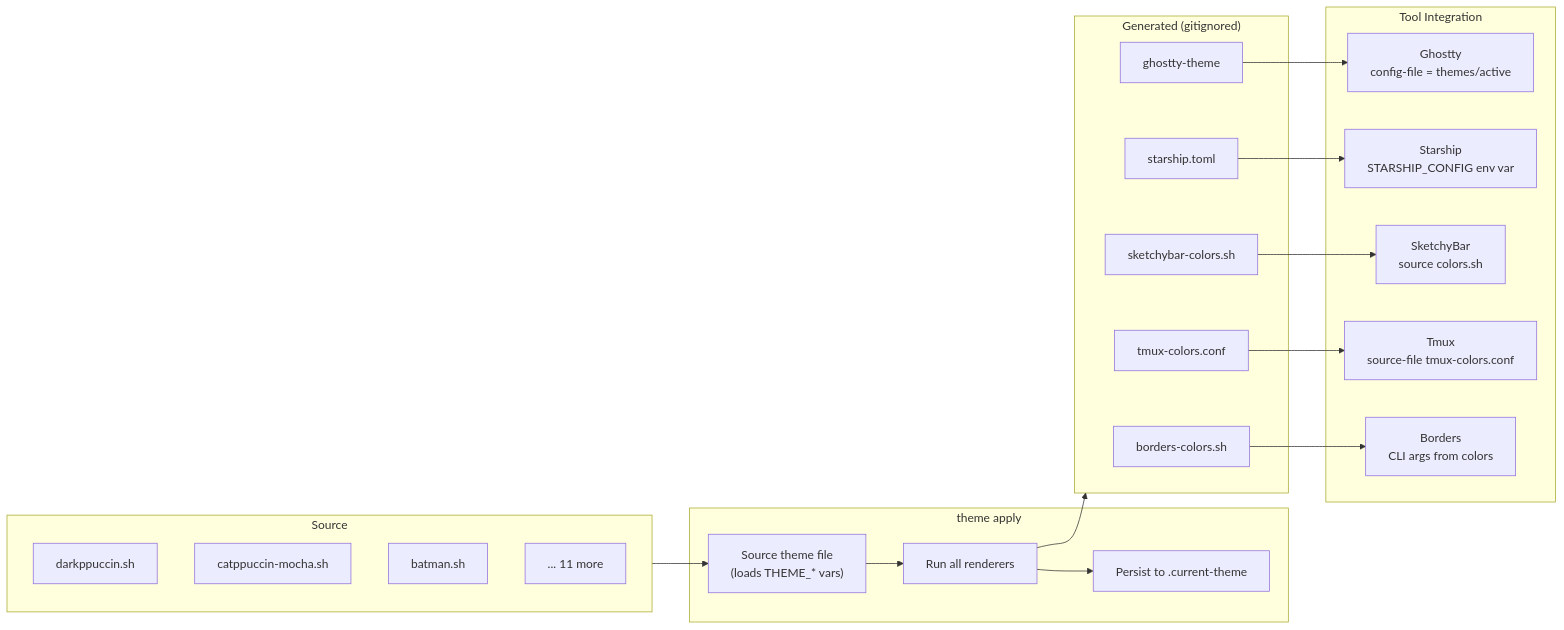
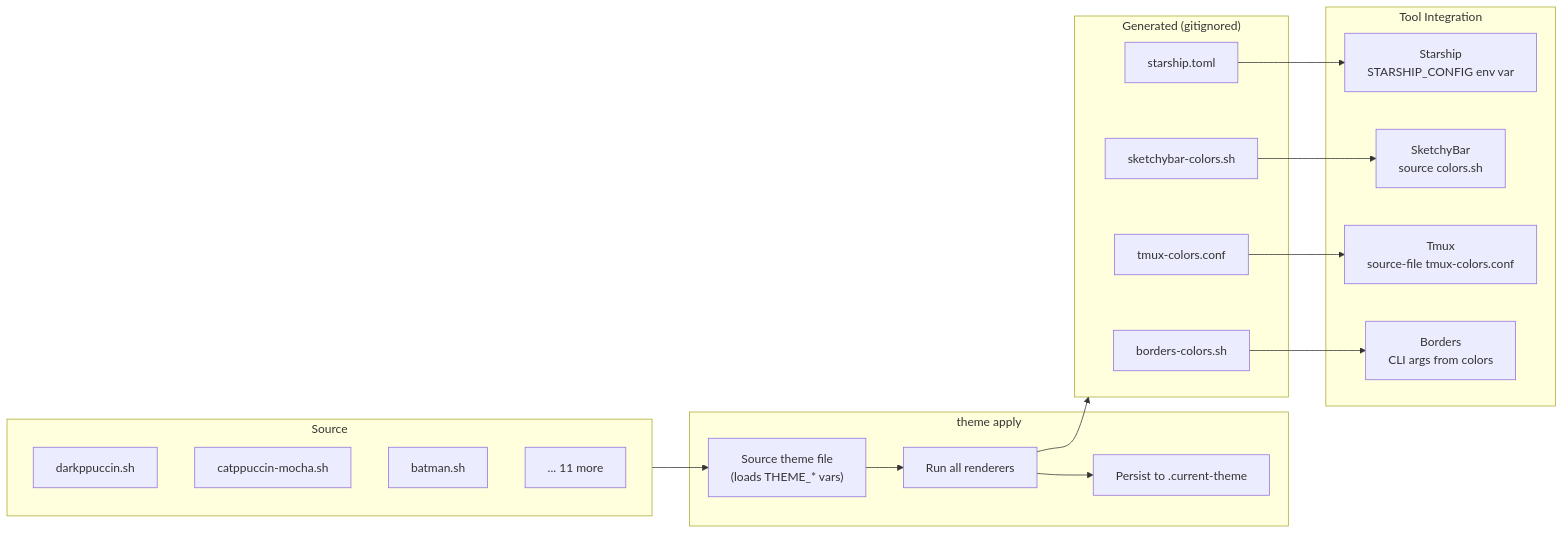
One commit to slashspace/dotfiles changed the second of 4 diagrams in README.md. Above: the diagram before and after it, drawn with Mermaid. The commit also changed other lines of this file and 51 other files, not shown here.

First line of the commit message:
refactor: replace zinit with Sheldon, simplify Ghostty and shell config

````diff
--- a/README.md
+++ b/README.md
@@ -76,39 +77,36 @@
 ```mermaid
 flowchart LR
     subgraph source ["Source"]
         T1["darkppuccin.sh"]
         T2["catppuccin-mocha.sh"]
         T3["batman.sh"]
         T4["... 11 more"]
     end
 
     subgraph apply ["theme apply <name>"]
         S["Source theme file<br/>(loads THEME_* vars)"]
         R["Run all renderers"]
         P["Persist to .current-theme"]
     end
 
     subgraph generated ["Generated (gitignored)"]
-        G1["ghostty-theme"]
-        G2["starship.toml"]
-        G3["sketchybar-colors.sh"]
-        G4["tmux-colors.conf"]
-        G5["borders-colors.sh"]
+        G1["starship.toml"]
+        G2["sketchybar-colors.sh"]
+        G3["tmux-colors.conf"]
+        G4["borders-colors.sh"]
     end
 
     subgraph tools ["Tool Integration"]
-        GT["Ghostty<br/>config-file = themes/active"]
         ST["Starship<br/>STARSHIP_CONFIG env var"]
         SB["SketchyBar<br/>source colors.sh"]
         TM["Tmux<br/>source-file tmux-colors.conf"]
         BD["Borders<br/>CLI args from colors"]
     end
 
     source --> S --> R --> P
     R --> generated
-    G1 --> GT
-    G2 --> ST
-    G3 --> SB
-    G4 --> TM
-    G5 --> BD
+    G1 --> ST
+    G2 --> SB
+    G3 --> TM
+    G4 --> BD
 ```
````
